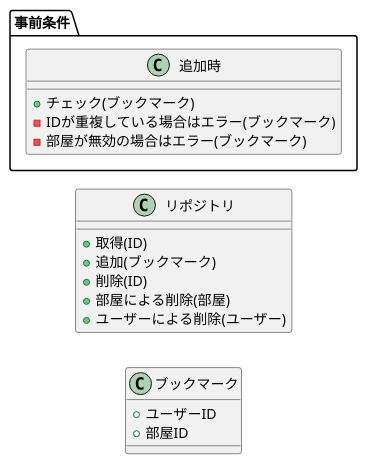
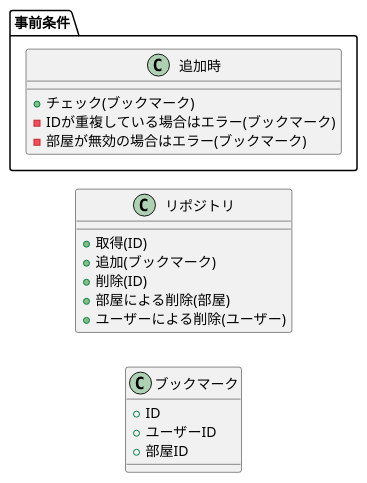
One commit to paterapatera/ryokan-reservation changed the seventh of 7 diagrams in doc/domain_model.md. Above: the diagram before and after it, drawn with PlantUML. The commit also changed other lines of this file and 38 other files, not shown here.

````diff
--- a/doc/domain_model.md
+++ b/doc/domain_model.md
@@ -188,22 +210,23 @@
 ```plantuml
 left to right direction
 class ブックマーク {
+  + ID
   + ユーザーID
   + 部屋ID
 }
 class "リポジトリ" {
   + 取得(ID)
   + 追加(ブックマーク)
   + 削除(ID)
   + 部屋による削除(部屋)
   + ユーザーによる削除(ユーザー)
 }
 
 namespace 事前条件 {
   class 追加時 {
     + チェック(ブックマーク)
     - IDが重複している場合はエラー(ブックマーク)
     - 部屋が無効の場合はエラー(ブックマーク)
   }
 }
 ```
````
